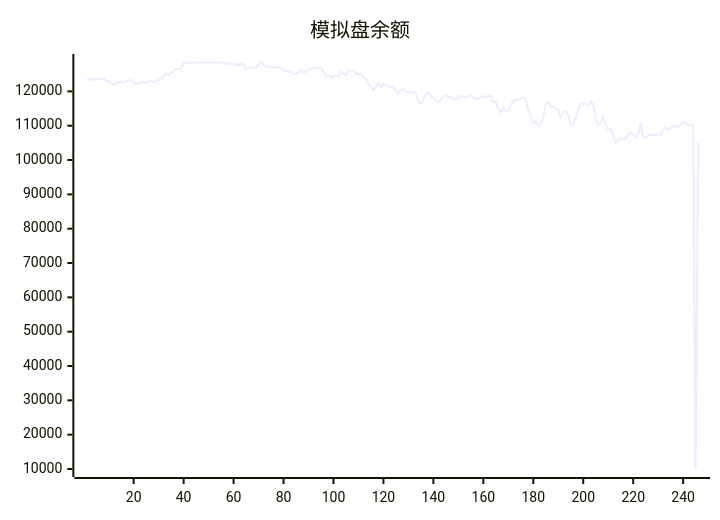
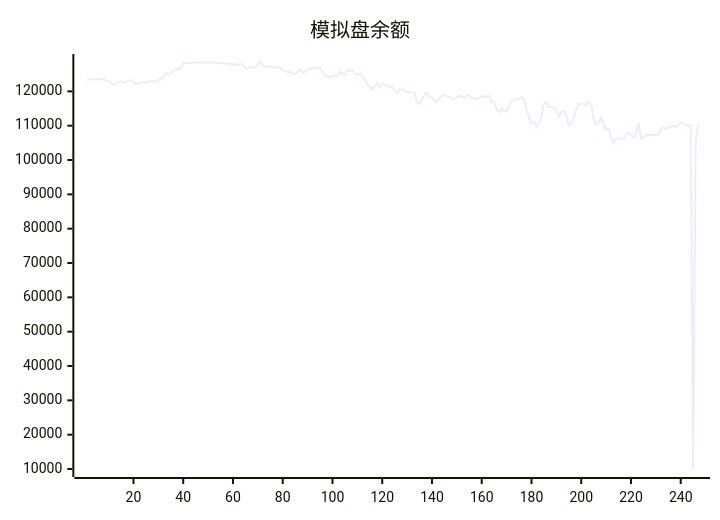
One commit to aahl/ai-trading changed the diagram in README.md. Above: the diagram before and after it, drawn with Mermaid. The commit also changed other lines of this file and 1 other file, not shown here.

````diff
--- a/README.md
+++ b/README.md
@@ -5,5 +5,5 @@
 ```mermaid
 xychart
     title "模拟盘余额"
-    line [123338,123402,123530,123592,123378,123745,123413,123853,123009,123040,122557,121938,122095,122599,122856,122597,122898,123160,123319,122719,122087,122454,122416,122685,122592,122907,122961,122776,122981,123295,123507,124403,125224,124894,125303,126088,126544,126534,126549,128335,128318,128318,128318,128318,128318,128424,128424,128424,128424,128424,128424,128424,128424,128424,128247,128412,128062,128087,127917,127901,128026,127611,128000,127850,126572,126770,127100,126971,127029,127783,128554,127765,127224,127064,127044,127009,127025,127004,126738,126152,125871,125635,125707,125117,125217,125420,126480,125545,125715,126511,126424,126856,126764,126788,126890,125710,124381,124632,123936,124402,124574,124256,125833,125070,124739,126154,125966,126145,125213,124943,125143,124157,123604,121959,121476,120476,121470,122610,121201,122221,121889,121522,121332,121344,120232,119559,120513,120577,120108,119680,119777,119572,119568,116839,116392,117573,119250,119585,118469,118277,117338,116897,117706,118628,118849,118579,118280,117926,117735,118373,118639,118544,118136,118798,118819,118162,117874,117649,118215,118601,118463,118517,118713,116911,116899,114798,113887,115084,114313,114091,115934,117221,117658,117658,117883,118164,117693,114632,112403,110644,111313,109777,110444,112673,116419,116772,115355,115355,115198,114476,112510,113954,114276,113223,110151,110561,112361,114562,116522,116265,116500,115845,117000,116199,111887,110306,110942,112588,110318,108891,109011,106814,104811,106038,106327,106201,106180,107315,108068,107463,106528,107530,110941,106346,106482,107161,107268,107270,107302,107426,107340,108985,109681,108962,109404,109645,110030,109680,110214,110918,110897,110215,110212,109962,10000,105235]
+    line [123338,123402,123530,123592,123378,123745,123413,123853,123009,123040,122557,121938,122095,122599,122856,122597,122898,123160,123319,122719,122087,122454,122416,122685,122592,122907,122961,122776,122981,123295,123507,124403,125224,124894,125303,126088,126544,126534,126549,128335,128318,128318,128318,128318,128318,128424,128424,128424,128424,128424,128424,128424,128424,128424,128247,128412,128062,128087,127917,127901,128026,127611,128000,127850,126572,126770,127100,126971,127029,127783,128554,127765,127224,127064,127044,127009,127025,127004,126738,126152,125871,125635,125707,125117,125217,125420,126480,125545,125715,126511,126424,126856,126764,126788,126890,125710,124381,124632,123936,124402,124574,124256,125833,125070,124739,126154,125966,126145,125213,124943,125143,124157,123604,121959,121476,120476,121470,122610,121201,122221,121889,121522,121332,121344,120232,119559,120513,120577,120108,119680,119777,119572,119568,116839,116392,117573,119250,119585,118469,118277,117338,116897,117706,118628,118849,118579,118280,117926,117735,118373,118639,118544,118136,118798,118819,118162,117874,117649,118215,118601,118463,118517,118713,116911,116899,114798,113887,115084,114313,114091,115934,117221,117658,117658,117883,118164,117693,114632,112403,110644,111313,109777,110444,112673,116419,116772,115355,115355,115198,114476,112510,113954,114276,113223,110151,110561,112361,114562,116522,116265,116500,115845,117000,116199,111887,110306,110942,112588,110318,108891,109011,106814,104811,106038,106327,106201,106180,107315,108068,107463,106528,107530,110941,106346,106482,107161,107268,107270,107302,107426,107340,108985,109681,108962,109404,109645,110030,109680,110214,110918,110897,110215,110212,109962,10000,105235,110525]
 ```
````
